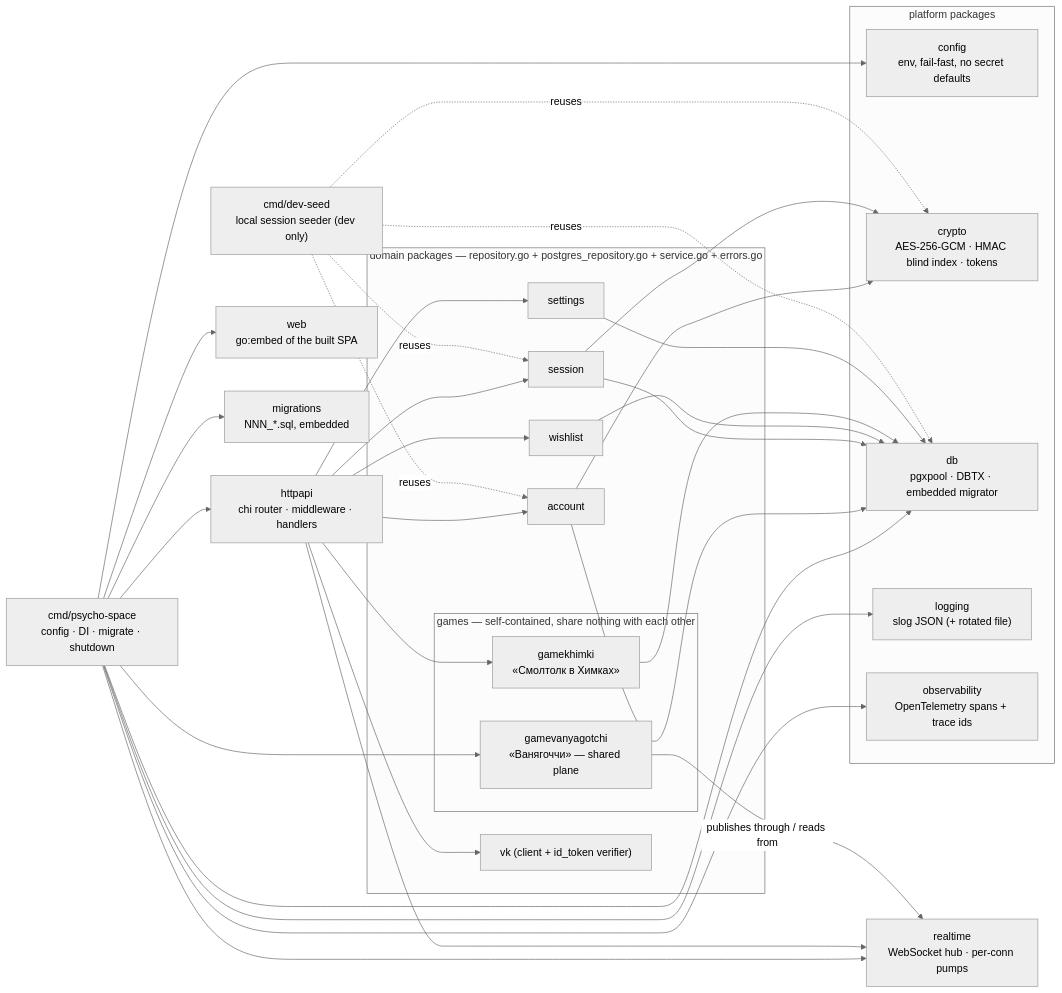
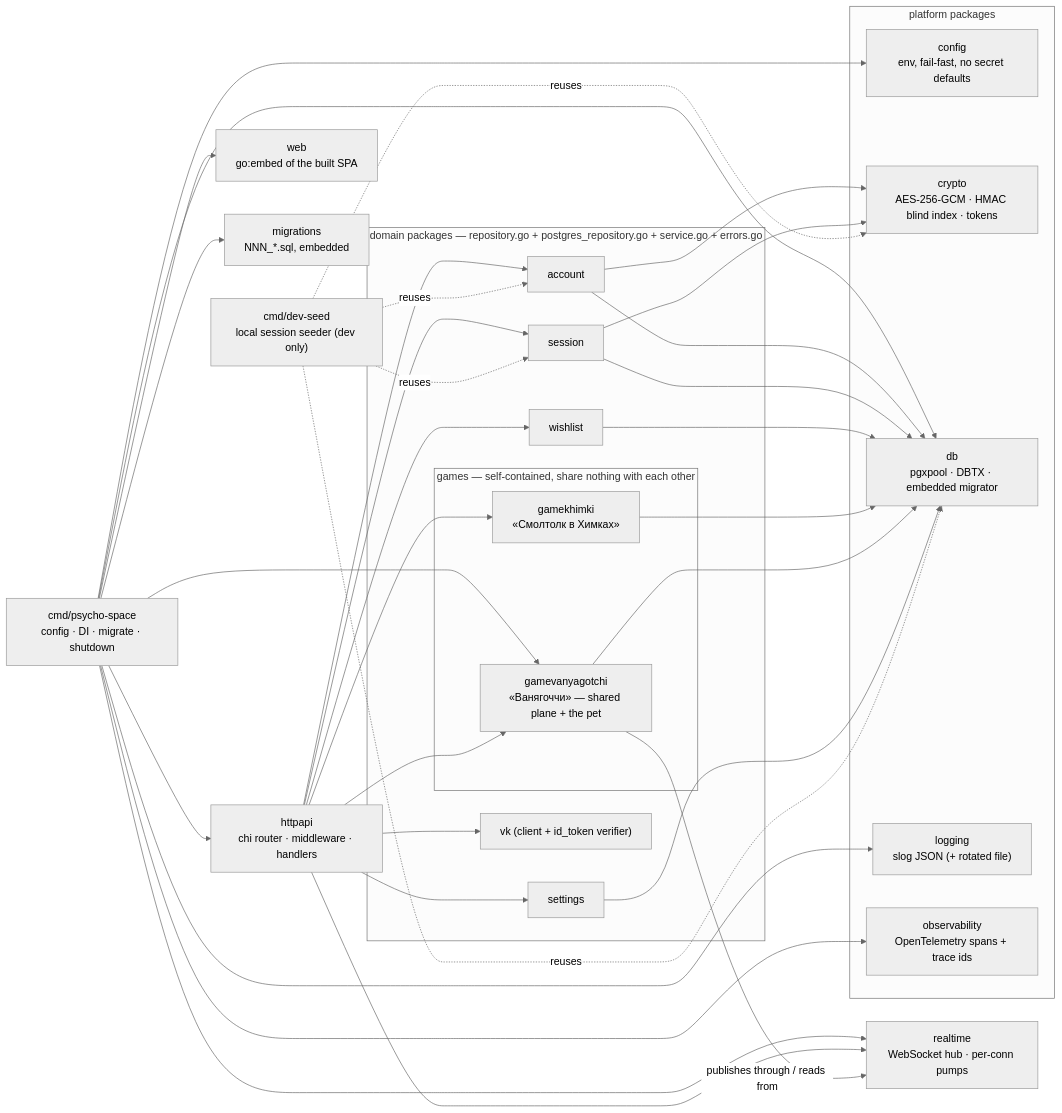
Before and after one commit to SergeyZSpb/psycho-space: the eighth of 9 diagrams in docs/ARCHITECTURE.md, drawn with Mermaid (neutral theme). The commit also changed other lines of this file and 26 other files, not shown here.

````diff
--- a/docs/ARCHITECTURE.md
+++ b/docs/ARCHITECTURE.md
@@ -193,38 +225,38 @@
 ```mermaid
 flowchart LR
     MAIN["cmd/psycho-space<br/>config · DI · migrate · shutdown"]
     SEED["cmd/dev-seed<br/>local session seeder (dev only)"]
 
     subgraph platform["platform packages"]
         CFG["config<br/>env, fail-fast, no secret defaults"]
         CRY["crypto<br/>AES-256-GCM · HMAC blind index · tokens"]
         DB["db<br/>pgxpool · DBTX · embedded migrator"]
         LOG["logging<br/>slog JSON (+ rotated file)"]
         OBS["observability<br/>OpenTelemetry spans + trace ids"]
     end
 
     HTTP["httpapi<br/>chi router · middleware · handlers"]
     RT["realtime<br/>WebSocket hub · per-conn pumps"]
 
     subgraph domain["domain packages — repository.go + postgres_repository.go + service.go + errors.go"]
         ACC["account"]
         SESS["session"]
         WISH["wishlist"]
         SET["settings"]
         VKP["vk (client + id_token verifier)"]
         subgraph games["games — self-contained, share nothing with each other"]
             GAME["gamekhimki<br/>«Смолтолк в Химках»"]
-            VANYA["gamevanyagotchi<br/>«Ванягоччи» — shared plane"]
+            VANYA["gamevanyagotchi<br/>«Ванягоччи» — shared plane + the pet"]
         end
     end
 
     WEB["web<br/>go:embed of the built SPA"]
     MIG["migrations<br/>NNN_*.sql, embedded"]
 
     MAIN --> CFG & DB & LOG & OBS & HTTP & WEB & MIG & RT & VANYA
-    HTTP --> ACC & SESS & WISH & GAME & SET & VKP & RT
-    ACC & SESS & WISH & GAME & SET --> DB
+    HTTP --> ACC & SESS & WISH & GAME & VANYA & SET & VKP & RT
+    ACC & SESS & WISH & GAME & VANYA & SET --> DB
     ACC & SESS --> CRY
     VANYA -- "publishes through / reads from" --> RT
     SEED -.reuses.-> ACC & SESS & CRY & DB
 ```
````
